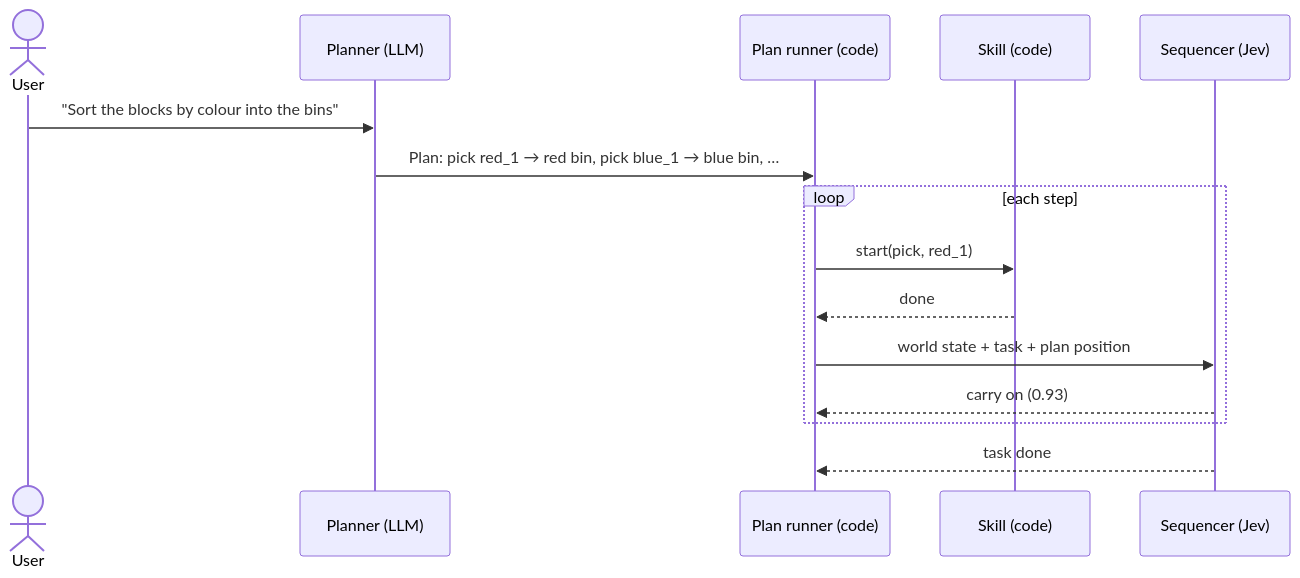
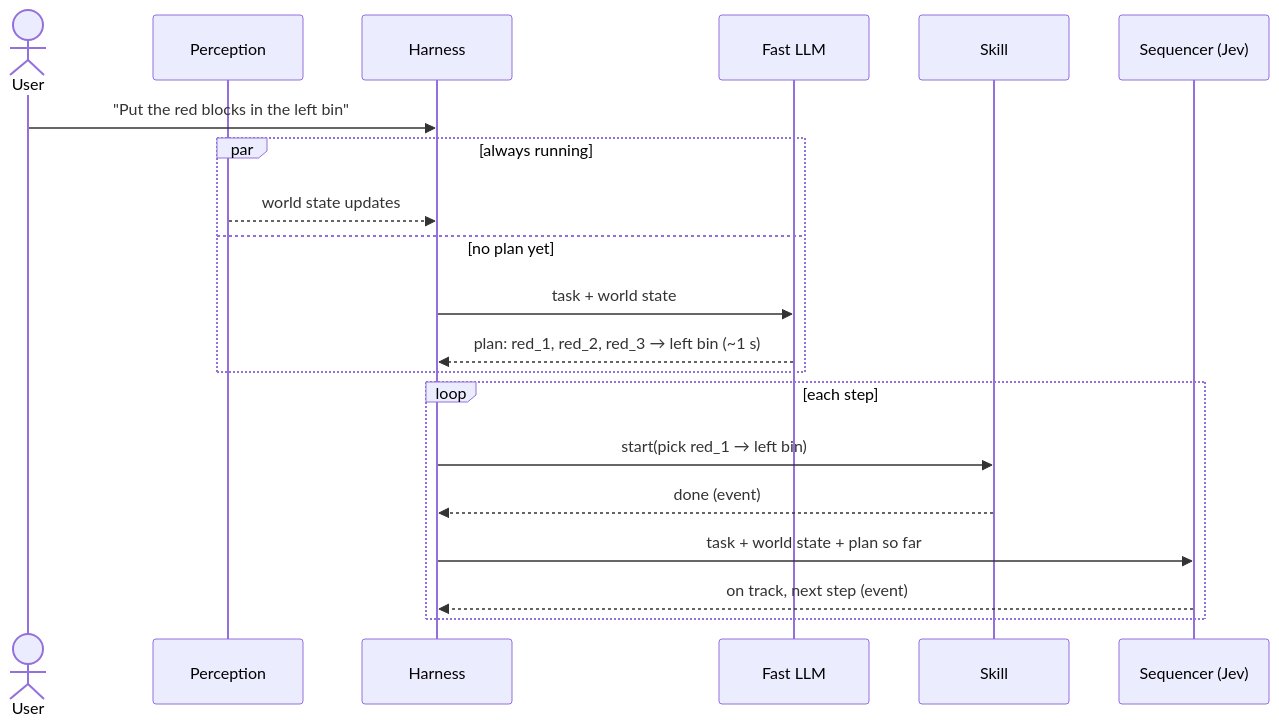
The second of 6 diagrams in docs/v2-diagrams.md (alee792/robojev), drawn with Mermaid before and after one commit. The commit also changed other lines of this file and 1 other file, not shown here.

First line of the commit message:
v2 diagrams: event bus and async layers, perception on top, start-up sequence, unambiguous wrong-plan example; v2.md: harness, how it runs, task = final arrangement

````diff
--- a/docs/v2-diagrams.md
+++ b/docs/v2-diagrams.md
@@ -54,18 +53,23 @@
 ```mermaid
 sequenceDiagram
     actor U as User
-    participant P as Planner (LLM)
-    participant R as Plan runner (code)
-    participant K as Skill (code)
+    participant W as Perception
+    participant H as Harness
+    participant P as Fast LLM
+    participant K as Skill
     participant S as Sequencer (Jev)
 
-    U->>P: "Sort the blocks by colour into the bins"
-    P->>R: Plan: pick red_1 → red bin, pick blue_1 → blue bin, …
+    U->>H: "Put the red blocks in the left bin"
+    par always running
+        W-->>H: world state updates
+    and no plan yet
+        H->>P: task + world state
+        P-->>H: plan: red_1, red_2, red_3 → left bin (~1 s)
+    end
     loop each step
-        R->>K: start(pick, red_1)
-        K-->>R: done
-        R->>S: world state + task + plan position
-        S-->>R: carry on (0.93)
+        H->>K: start(pick red_1 → left bin)
+        K-->>H: done (event)
+        H->>S: task + world state + plan so far
+        S-->>H: on track, next step (event)
     end
-    S-->>R: task done
 ```
````
